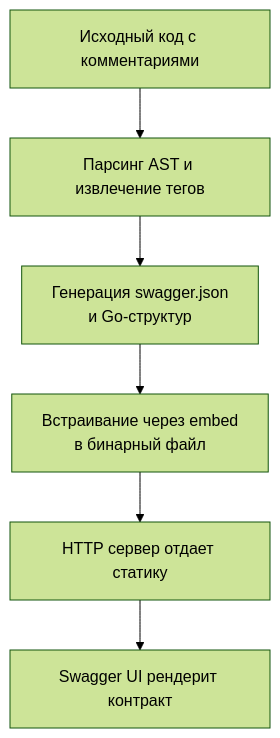
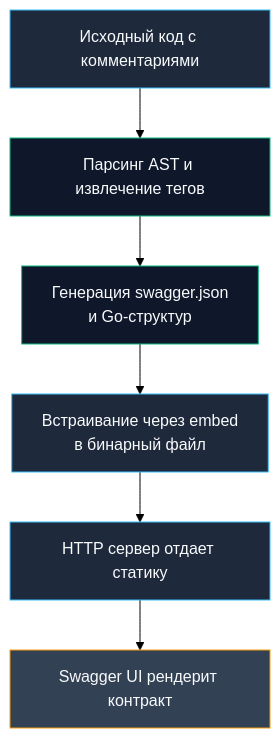
The diagram in sources/9. Бэкенд на Go (Практика разработки)/33. Документация API.md (UnrealTemplier/go-textbook), drawn with Mermaid (forest theme) before and after one commit. The commit also changed other lines of this file, not shown here.

````diff
--- a/sources/9. Бэкенд на Go (Практика разработки)/33. Документация API.md
+++ b/sources/9. Бэкенд на Go (Практика разработки)/33. Документация API.md
@@ -12,8 +18,15 @@
 ```mermaid
 graph TD
     A["Исходный код с комментариями"] --> B["Парсинг AST и извлечение тегов"]
     B --> C["Генерация swagger.json<br>и Go-структур"]
     C --> D["Встраивание через embed<br>в бинарный файл"]
     D --> E["HTTP сервер отдает статику"]
     E --> F["Swagger UI рендерит контракт"]
+
+    classDef normal fill:#1e293b,stroke:#38bdf8,color:#f8fafc;
+    classDef build fill:#0f172a,stroke:#10b981,color:#f8fafc;
+    classDef ui fill:#334155,stroke:#f59e0b,color:#f8fafc;
+    class A,D,E normal;
+    class B,C build;
+    class F ui;
 ```
````
